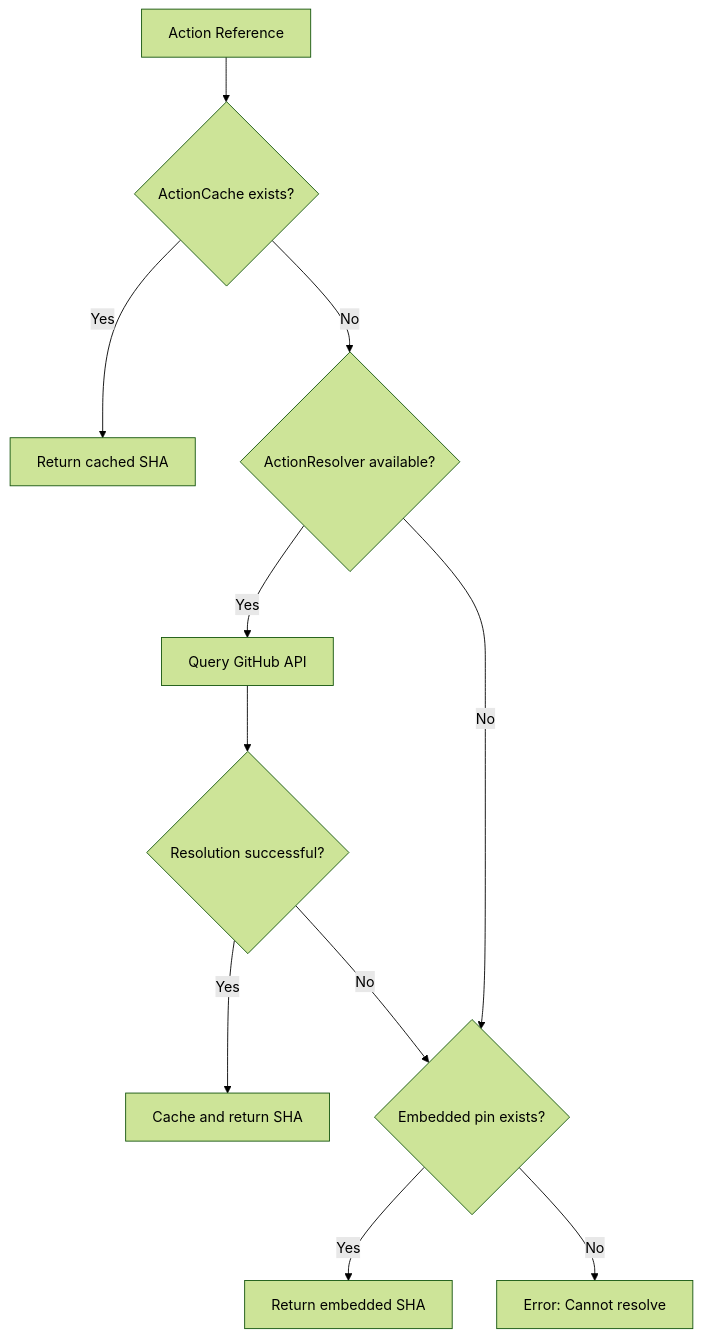
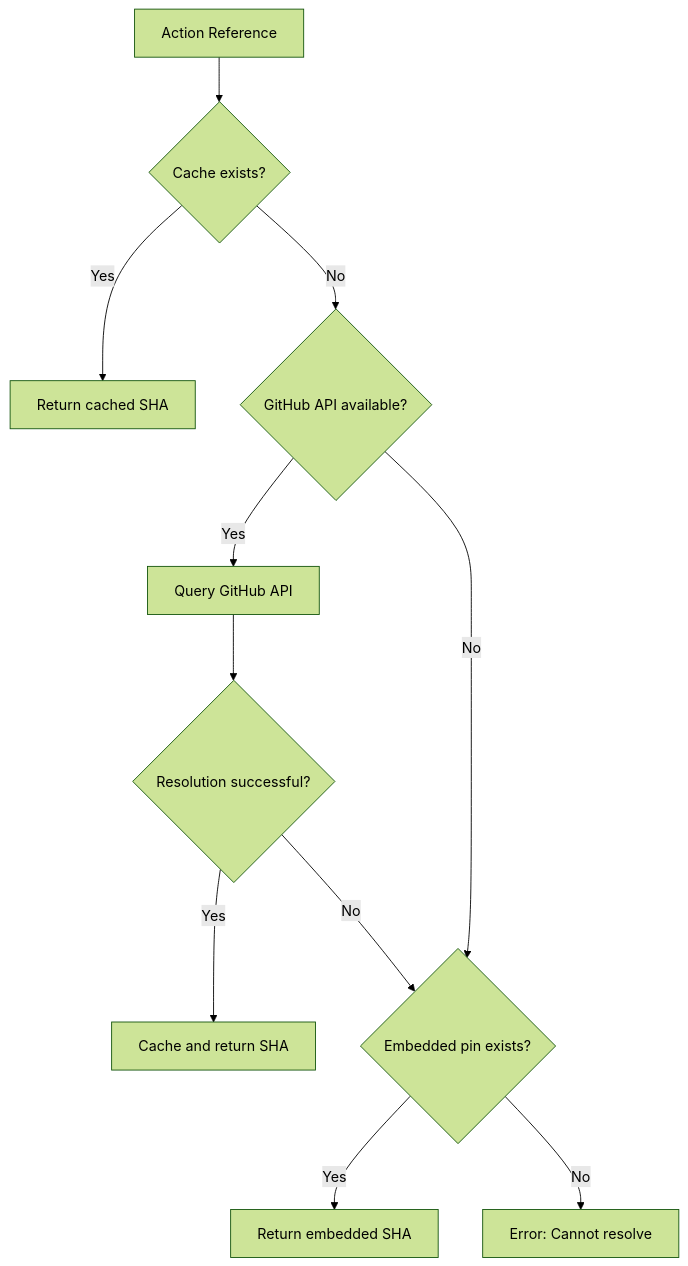
One commit to githubnext/gh-aw changed the fourth of 7 diagrams in docs/src/content/docs/reference/compilation-process.md. Above: the diagram before and after it, drawn with Mermaid (forest theme). The commit also changed other lines of this file, not shown here.

````diff
--- a/docs/src/content/docs/reference/compilation-process.md
+++ b/docs/src/content/docs/reference/compilation-process.md
@@ -457,13 +452,13 @@
 ```mermaid
 graph TD
-  A[Action Reference] --> B{ActionCache exists?}
+  A[Action Reference] --> B{Cache exists?}
   B -->|Yes| C[Return cached SHA]
-  B -->|No| D{ActionResolver available?}
+  B -->|No| D{GitHub API available?}
   D -->|Yes| E[Query GitHub API]
   E --> F{Resolution successful?}
   F -->|Yes| G[Cache and return SHA]
   F -->|No| H{Embedded pin exists?}
   D -->|No| H
   H -->|Yes| I[Return embedded SHA]
   H -->|No| J[Error: Cannot resolve]
 ```
````
